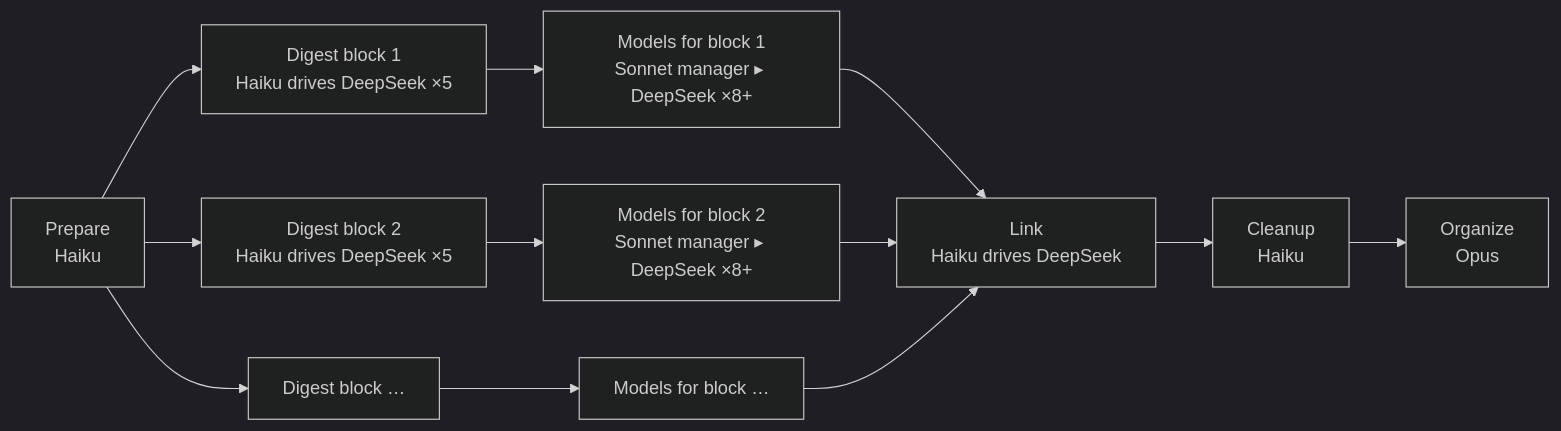
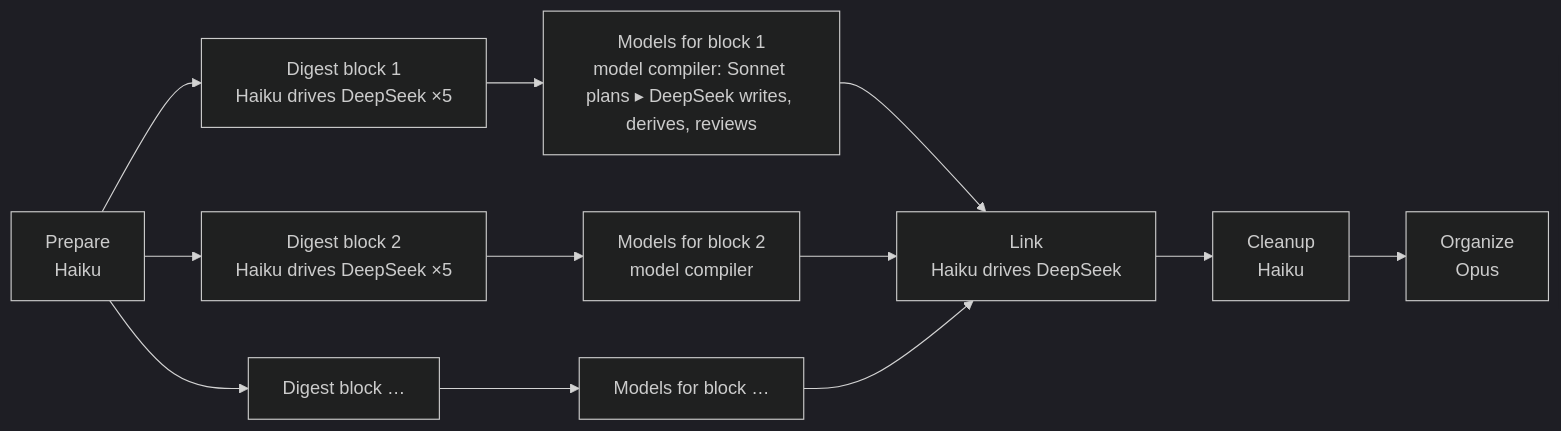
One commit to liudesheng9/zet changed the diagram in doc/zt-book-digest-workflow.md. Above: the diagram before and after it, drawn with Mermaid (dark theme). The commit also changed other lines of this file and 14 other files, not shown here.

````diff
--- a/doc/zt-book-digest-workflow.md
+++ b/doc/zt-book-digest-workflow.md
@@ -12,14 +13,14 @@
 ```mermaid
 flowchart LR
   P[Prepare<br/>Haiku] --> D1[Digest block 1<br/>Haiku drives DeepSeek ×5]
   P --> D2[Digest block 2<br/>Haiku drives DeepSeek ×5]
   P --> D3[Digest block …]
-  D1 --> M1[Models for block 1<br/>Sonnet manager ▸ DeepSeek ×8+]
-  D2 --> M2[Models for block 2<br/>Sonnet manager ▸ DeepSeek ×8+]
+  D1 --> M1[Models for block 1<br/>model compiler: Sonnet plans ▸ DeepSeek writes, derives, reviews]
+  D2 --> M2[Models for block 2<br/>model compiler]
   D3 --> M3[Models for block …]
   M1 --> L[Link<br/>Haiku drives DeepSeek]
   M2 --> L
   M3 --> L
   L --> C[Cleanup<br/>Haiku]
   C --> O[Organize<br/>Opus]
 ```
````
